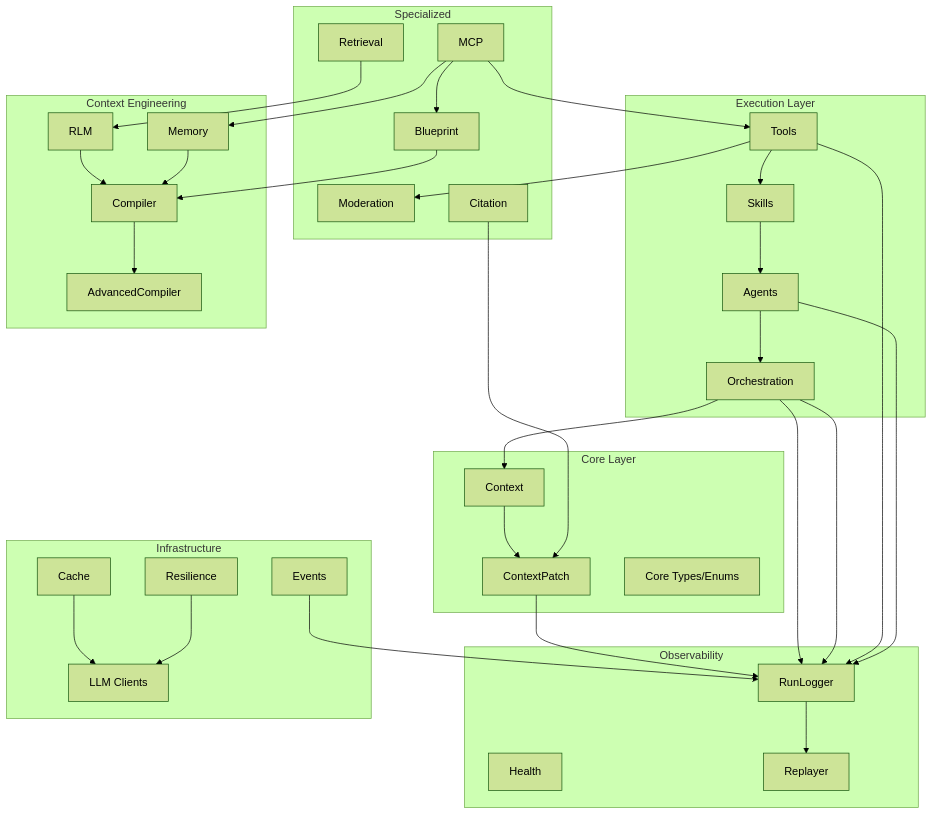
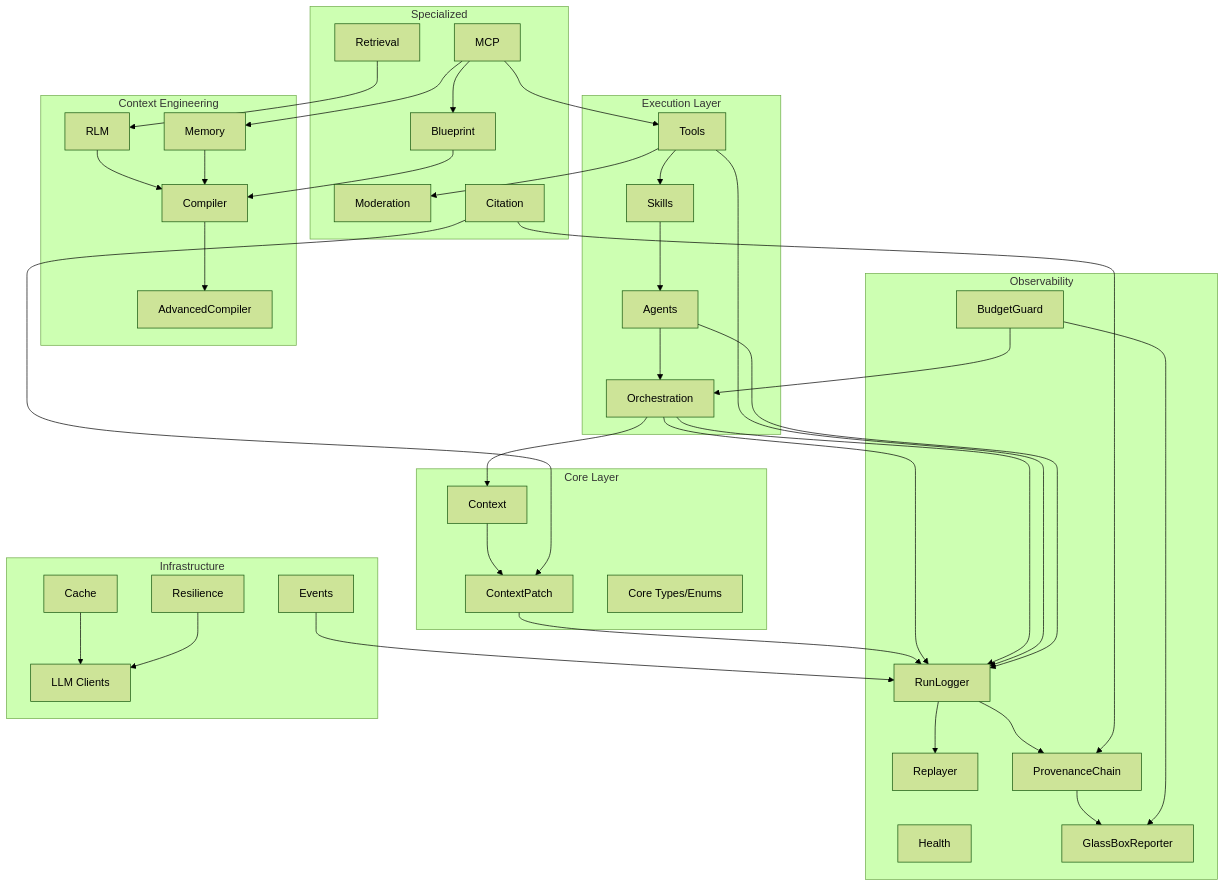
The diagram in docs/module_interconnections.md (drchinca/cemaf), drawn with Mermaid (forest theme) before and after one commit. The commit also changed other lines of this file and 2 other files, not shown here.

First line of the commit message:
docs: add Glass Box interconnections, exclusion tracking, and module entries

````diff
--- a/docs/module_interconnections.md
+++ b/docs/module_interconnections.md
@@ -40,6 +40,9 @@
         LOGGER[RunLogger]
         HEALTH[Health]
         REPLAY[Replayer]
+        GUARD[BudgetGuard]
+        GLASS[GlassBoxReporter]
+        PROV[ProvenanceChain]
     end
 
     subgraph Infrastructure["Infrastructure"]
@@ -88,4 +91,9 @@
     ORCH --> LOGGER
     TOOLS --> LOGGER
     AGENTS --> LOGGER
+    LOGGER --> PROV
+    PROV --> GLASS
+    GUARD --> GLASS
+    GUARD --> ORCH
+    CIT --> PROV
 ```
````
